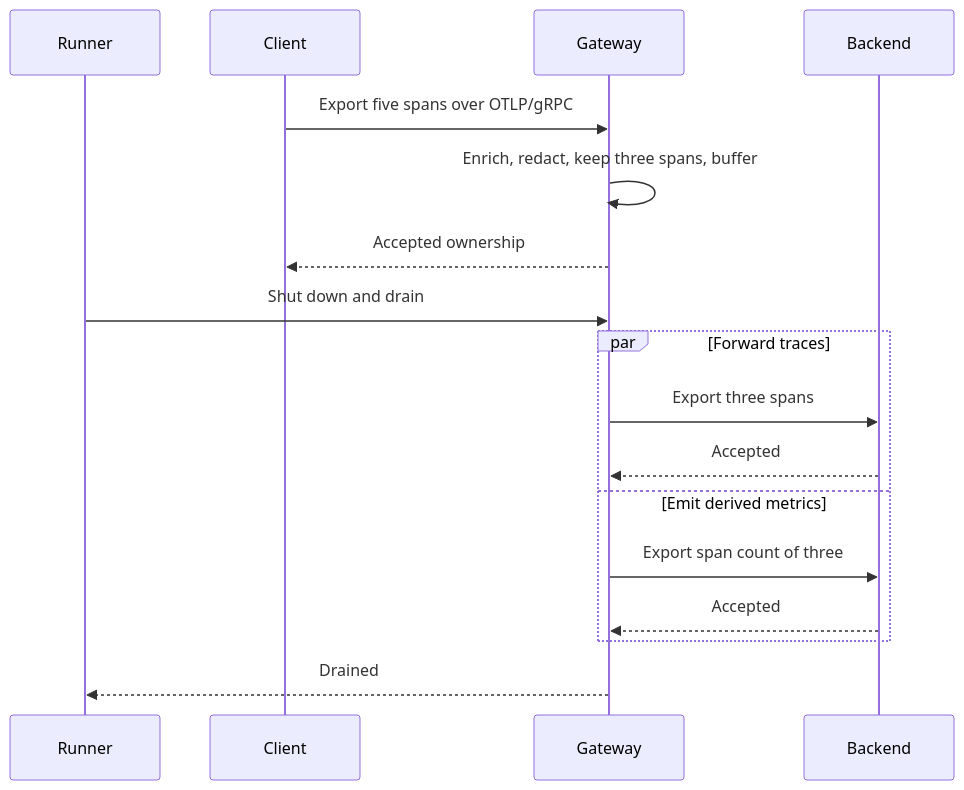
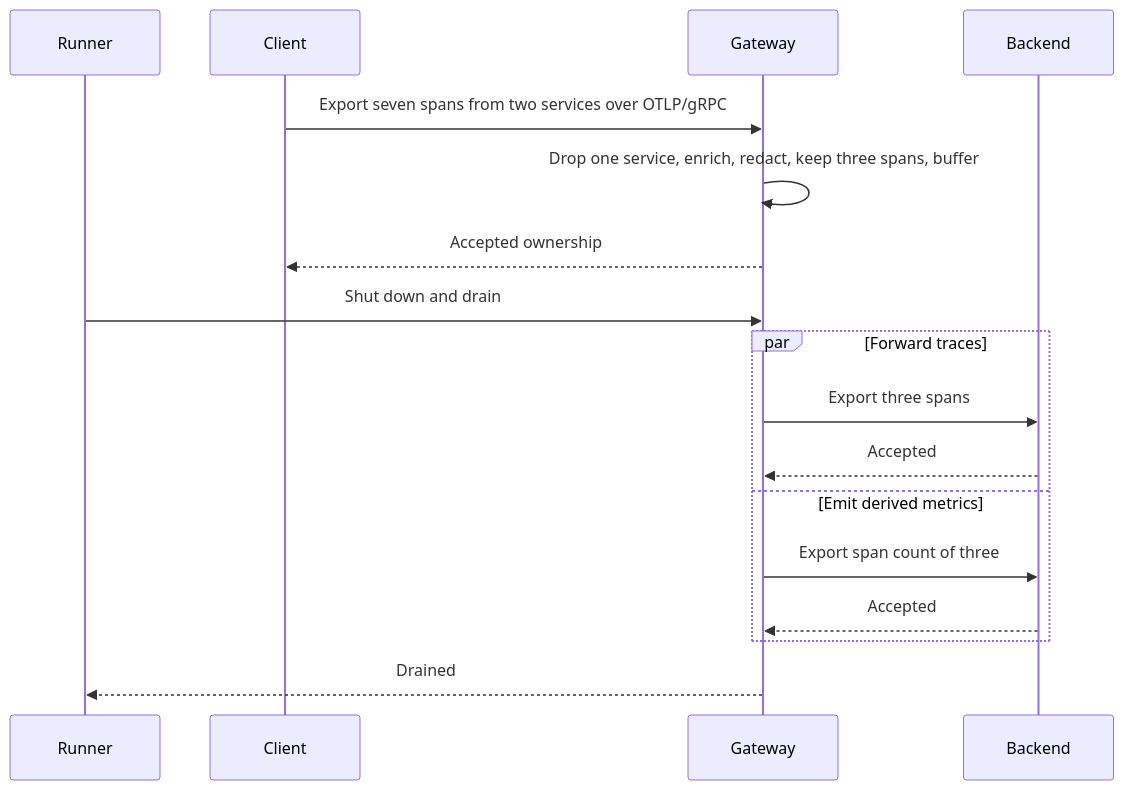
Before and after one commit to thiagogcm/otlp4j: the diagram in otlp4j-samples/README.md, drawn with Mermaid. The commit also changed other lines of this file and 39 other files, not shown here.

````diff
--- a/otlp4j-samples/README.md
+++ b/otlp4j-samples/README.md
@@ -29,19 +29,19 @@
 ```mermaid
 sequenceDiagram
     participant Runner
     participant Client
     participant Gateway
     participant Backend
-    Client->>Gateway: Export five spans over OTLP/gRPC
-    Gateway->>Gateway: Enrich, redact, keep three spans, buffer
+    Client->>Gateway: Export seven spans from two services over OTLP/gRPC
+    Gateway->>Gateway: Drop one service, enrich, redact, keep three spans, buffer
     Gateway-->>Client: Accepted ownership
     Runner->>Gateway: Shut down and drain
     par Forward traces
         Gateway->>Backend: Export three spans
         Backend-->>Gateway: Accepted
     and Emit derived metrics
         Gateway->>Backend: Export span count of three
         Backend-->>Gateway: Accepted
     end
     Gateway-->>Runner: Drained
 ```
````
